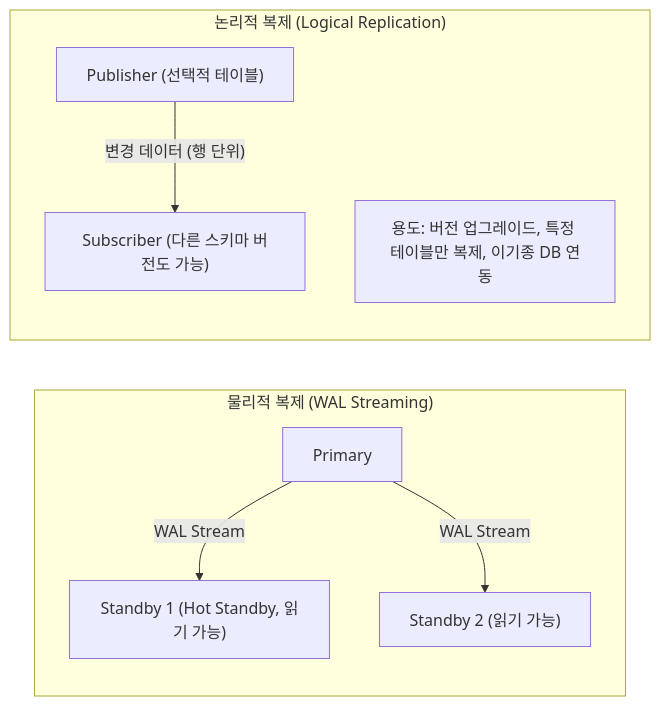
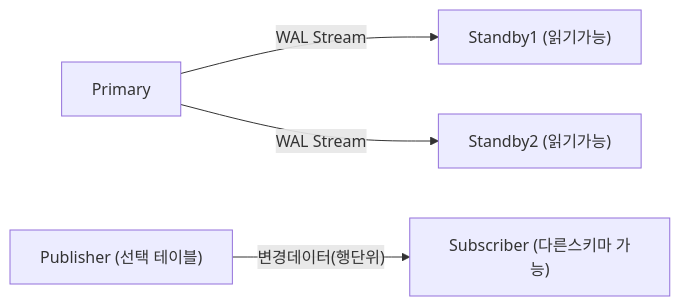
Diagram 13 of 15 in _posts/db/2026-05-01-db-comparison.md (yjkim2015/yjkim2015.github.io), drawn with Mermaid before and after one commit. The commit also changed other lines of this file and 215 other files, not shown here.

First line of the commit message:
신규 포스트 10개 추가 + Mermaid 전면 축소 + SystemDesign 시리즈 보강

````diff
--- a/_posts/db/2026-05-01-db-comparison.md
+++ b/_posts/db/2026-05-01-db-comparison.md
@@ -456,11 +400,6 @@
 ```mermaid
 graph LR
-    subgraph "물리적 복제 (WAL Streaming)"
-        P1["Primary"] -->|"WAL Stream"| S1["Standby 1 (Hot Standby, 읽기 가능)"]
-        P1 -->|"WAL Stream"| S2["Standby 2 (읽기 가능)"]
-    end
-    subgraph "논리적 복제 (Logical Replication)"
-        PUB["Publisher (선택적 테이블)"] -->|"변경 데이터 (행 단위)"| SUB["Subscriber (다른 스키마 버전도 가능)"]
-        note["용도: 버전 업그레이드, 특정 테이블만 복제, 이기종 DB 연동"]
-    end
+    P1["Primary"] -->|WAL Stream| S1["Standby1 (읽기가능)"]
+    P1 -->|WAL Stream| S2["Standby2 (읽기가능)"]
+    PUB["Publisher (선택 테이블)"] -->|"변경데이터(행단위)"| SUB["Subscriber (다른스키마 가능)"]
 ```
````
